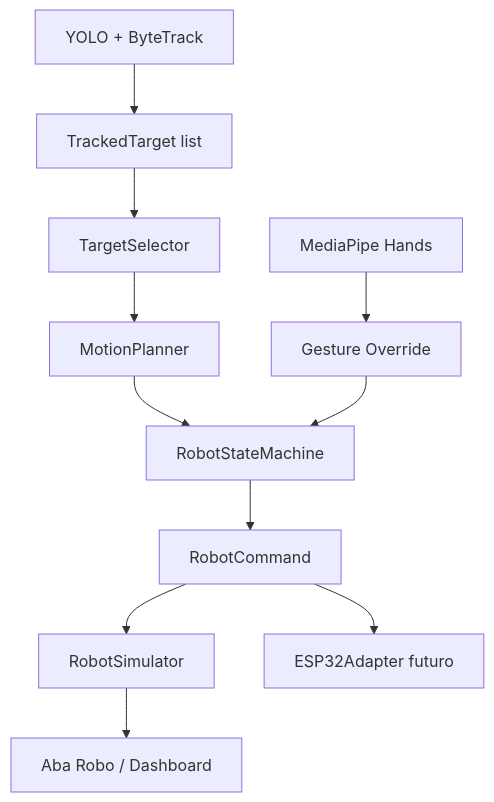
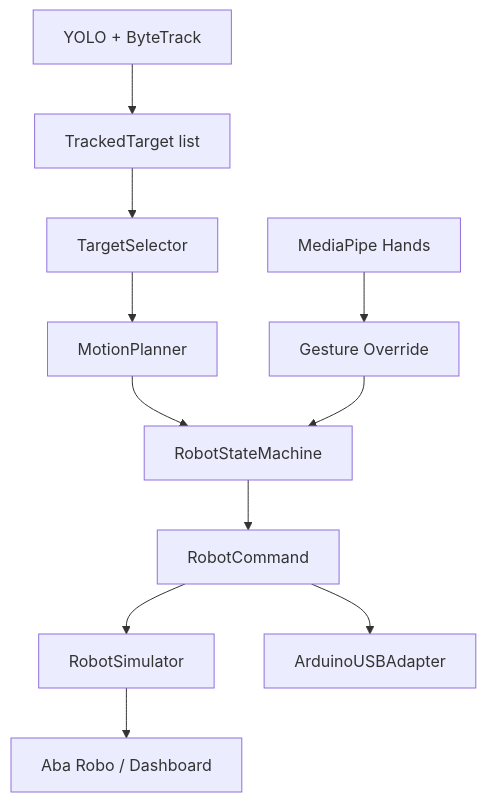
One commit to jgouveaf/FECART changed the diagram in docs/ROBOT_SOFTWARE.md. Above: the diagram before and after it, drawn with Mermaid. The commit also changed other lines of this file and 25 other files, not shown here.

````diff
--- a/docs/ROBOT_SOFTWARE.md
+++ b/docs/ROBOT_SOFTWARE.md
@@ -7,13 +7,13 @@
 ```mermaid
 flowchart TD
     A["YOLO + ByteTrack"] --> B["TrackedTarget list"]
     B --> C["TargetSelector"]
     C --> D["MotionPlanner"]
     E["MediaPipe Hands"] --> F["Gesture Override"]
     D --> G["RobotStateMachine"]
     F --> G
     G --> H["RobotCommand"]
     H --> I["RobotSimulator"]
-    H --> J["ESP32Adapter futuro"]
+    H --> J["ArduinoUSBAdapter"]
     I --> K["Aba Robo / Dashboard"]
 ```
````
